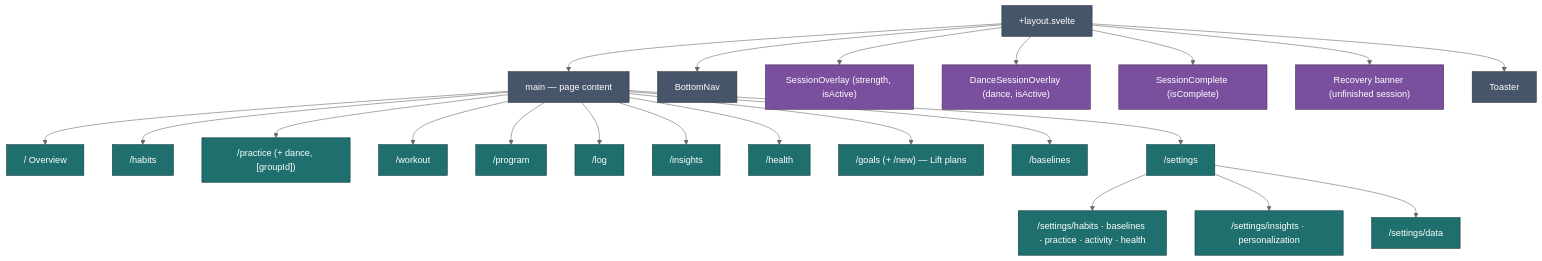
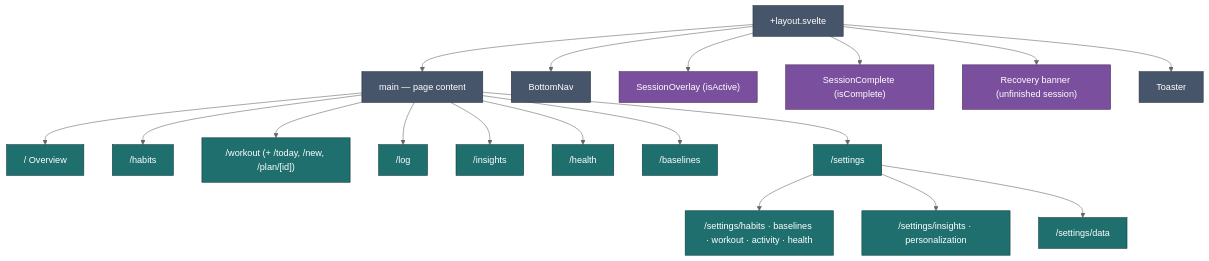
Before and after one commit to jermbo/CosmicWorkOut: the first of 2 diagrams in docs/implementation/app-structure.md, drawn with Mermaid (neutral theme). The commit also changed other lines of this file and 79 other files, not shown here.

````diff
--- a/docs/implementation/app-structure.md
+++ b/docs/implementation/app-structure.md
@@ -47,33 +44,29 @@
 ```mermaid
 flowchart TB
     Layout["+layout.svelte"]
     Layout --> Main["main — page content"]
     Layout --> Nav[BottomNav]
-    Layout --> Overlay["SessionOverlay (strength, isActive)"]
-    Layout --> Dance["DanceSessionOverlay (dance, isActive)"]
+    Layout --> Overlay["SessionOverlay (isActive)"]
     Layout --> Complete["SessionComplete (isComplete)"]
     Layout --> Recovery["Recovery banner (unfinished session)"]
     Layout --> Toast["Toaster"]
 
     Main --> Today["/ Overview"]
     Main --> Habits["/habits"]
-    Main --> Practice["/practice (+ dance, [groupId])"]
-    Main --> Workout["/workout"]
-    Main --> Program["/program"]
+    Main --> Workout["/workout (+ /today, /new, /plan/[id])"]
     Main --> Log["/log"]
     Main --> Insights["/insights"]
     Main --> Health["/health"]
-    Main --> Goals["/goals (+ /new) — Lift plans"]
     Main --> Baselines["/baselines"]
     Main --> Settings["/settings"]
-    Settings --> SettingsHab["/settings/habits · baselines · practice · activity · health"]
+    Settings --> SettingsHab["/settings/habits · baselines · workout · activity · health"]
     Settings --> SettingsBaselines["/settings/insights · personalization"]
     Settings --> SettingsData["/settings/data"]
 
     classDef shell fill:#465569,stroke:#28313e,color:#ffffff;
     classDef overlay fill:#7a4f9e,stroke:#46295c,color:#ffffff;
     classDef route fill:#1f6f6f,stroke:#0f3a3a,color:#ffffff;
     class Layout,Main,Nav,Toast shell;
-    class Overlay,Dance,Complete,Recovery overlay;
-    class Today,Habits,Practice,Workout,Program,Log,Insights,Health,Goals,Baselines,Settings,SettingsHab,SettingsBaselines,SettingsData route;
+    class Overlay,Complete,Recovery overlay;
+    class Today,Habits,Workout,Log,Insights,Health,Baselines,Settings,SettingsHab,SettingsBaselines,SettingsData route;
 ```
````
